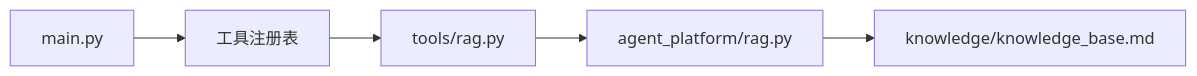
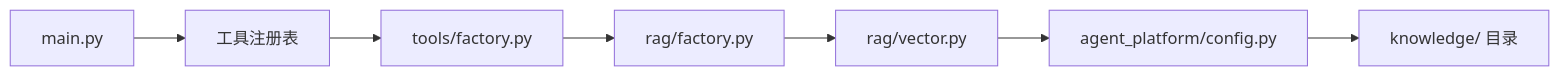
Before and after one commit to xyx1028/agentHelp: the ninth of 9 diagrams in .qoder/repowiki/zh/content/RAG 知识检索.md, drawn with Mermaid. The commit also changed other lines of this file and 115 other files, not shown here.

````diff
--- a/.qoder/repowiki/zh/content/RAG 知识检索.md
+++ b/.qoder/repowiki/zh/content/RAG 知识检索.md
@@ -269,7 +279,9 @@
 ```mermaid
 graph LR
 Main["main.py"] --> Registry["工具注册表"]
-Registry --> RagTool["tools/rag.py"]
-RagTool --> RAG["agent_platform/rag.py"]
-RAG --> Data["knowledge/knowledge_base.md"]
+Registry --> RagTool["tools/factory.py"]
+RagTool --> Factory["rag/factory.py"]
+Factory --> VectorKB["rag/vector.py"]
+VectorKB --> Config["agent_platform/config.py"]
+Config --> Data["knowledge/ 目录"]
 ```
````
